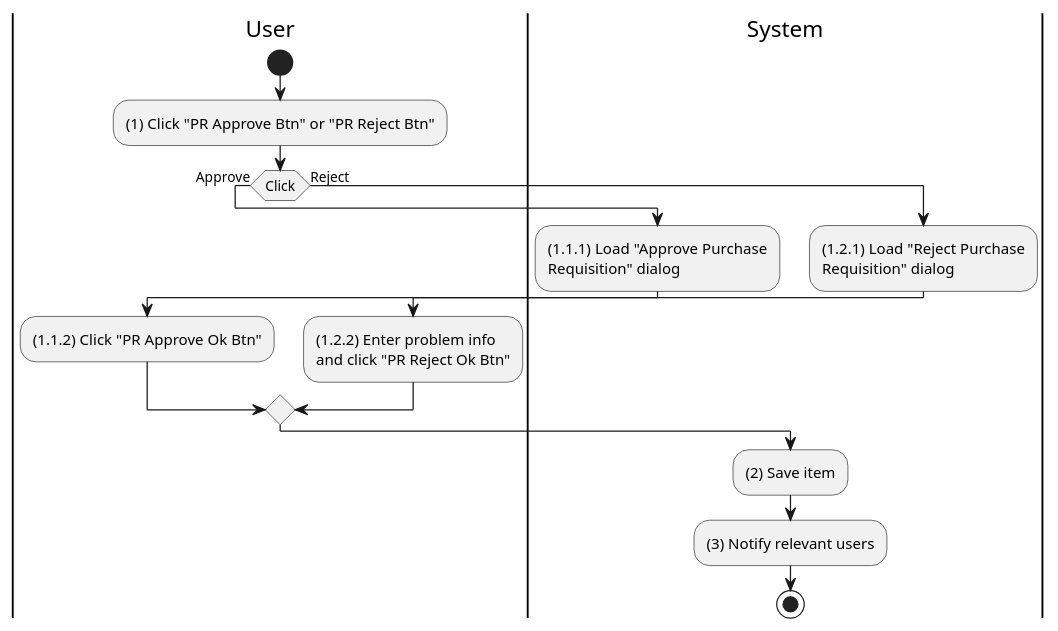
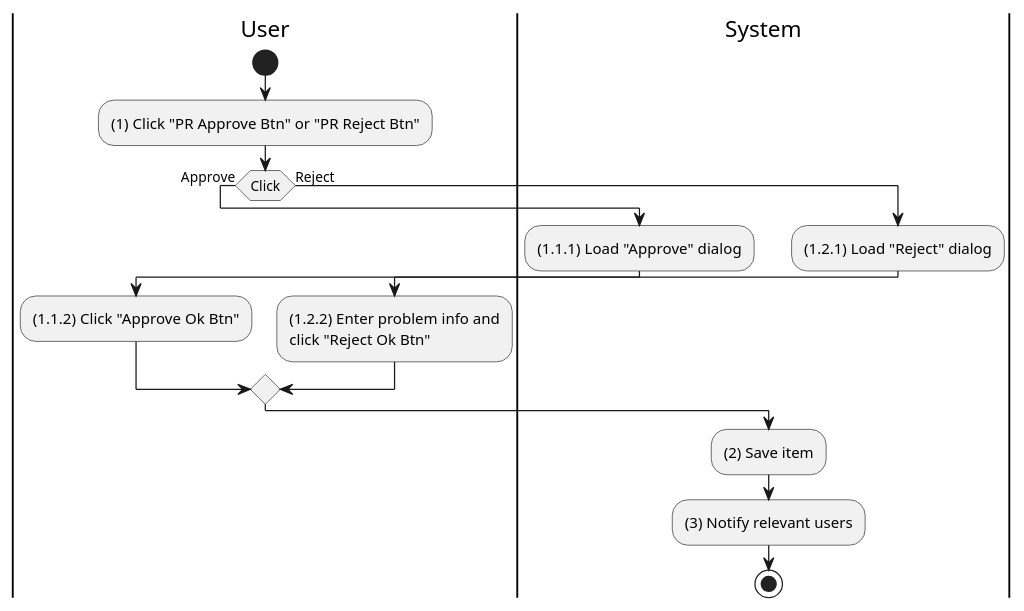
One commit to phihungha/scmss-reqs changed the diagram in activities/purchase-requisition-approve.plantuml. Above: the diagram before and after it, drawn with PlantUML. The commit also changed 15 other files, not shown here.

```diff
--- a/activities/purchase-requisition-approve.plantuml
+++ b/activities/purchase-requisition-approve.plantuml
@@ -1,23 +1,23 @@
 @startuml purchase-requisition-approve
 |u|User
 |s|System
 
 |u|
 start
 :(1) Click "PR Approve Btn" or "PR Reject Btn";
 if (Click) then (Approve)
     |s|
-    :(1.1.1) Load "Approve Purchase\nRequisition" dialog;
+    :(1.1.1) Load "Approve" dialog;
     |u|
-    :(1.1.2) Click "PR Approve Ok Btn";
+    :(1.1.2) Click "Approve Ok Btn";
 else (Reject)
     |s|
-    :(1.2.1) Load "Reject Purchase\nRequisition" dialog;
+    :(1.2.1) Load "Reject" dialog;
     |u|
-    :(1.2.2) Enter problem info\nand click "PR Reject Ok Btn";
+    :(1.2.2) Enter problem info and\nclick "Reject Ok Btn";
 endif
 |s|
 :(2) Save item;
 :(3) Notify relevant users;
 stop
 @enduml
```
